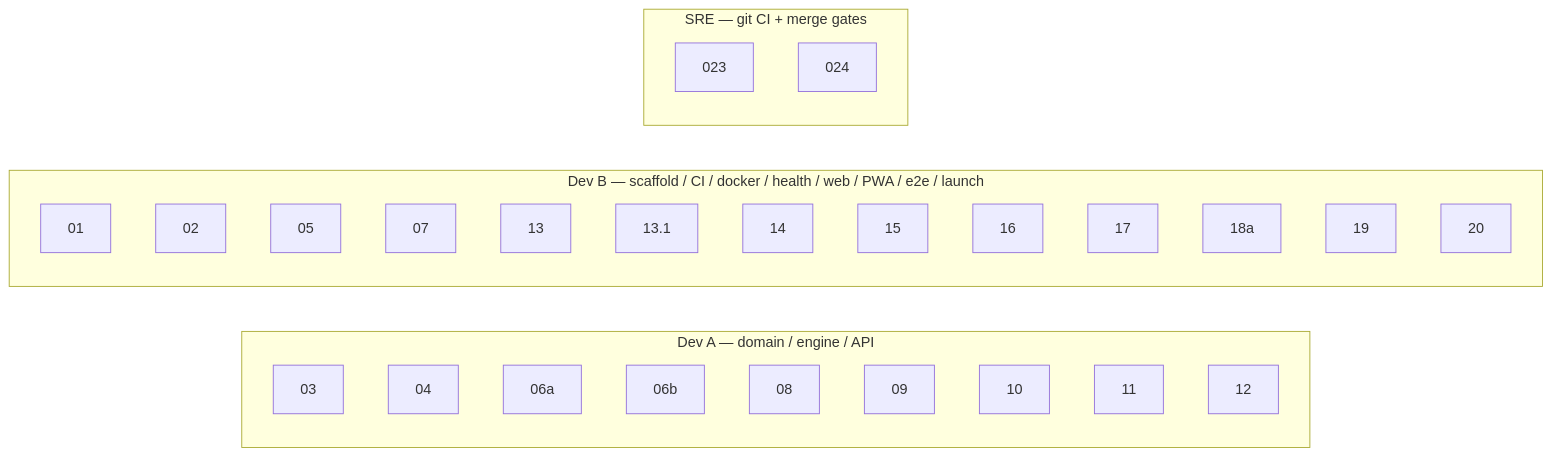
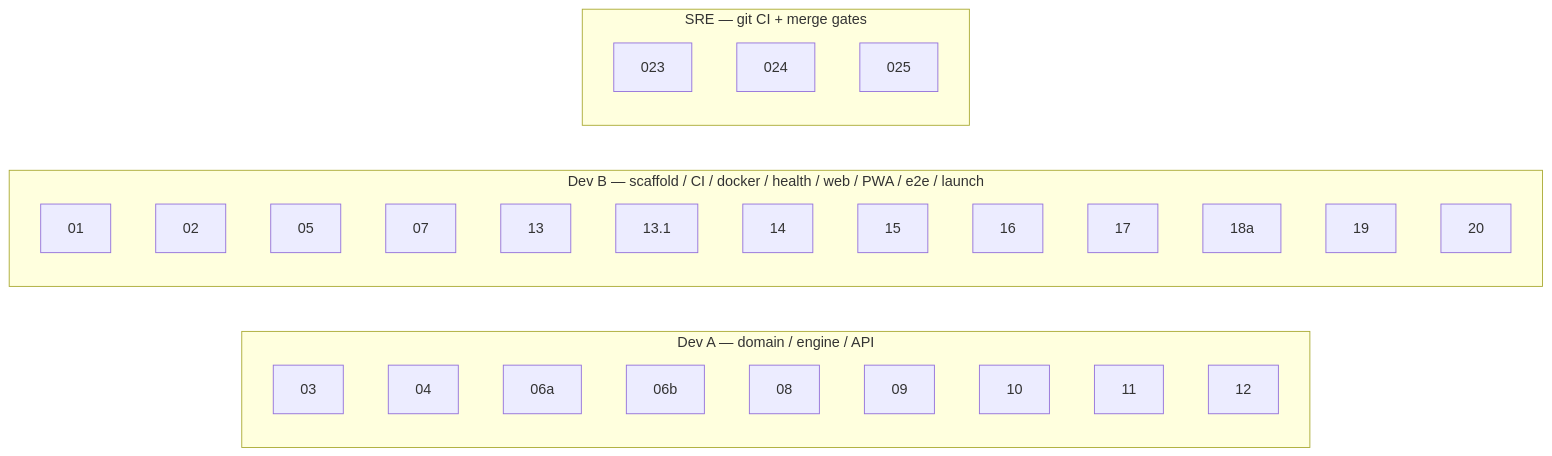
One commit to timus97/Arise changed the second of 2 diagrams in docs/backlog/SPRINT_BOARD.md. Above: the diagram before and after it, drawn with Mermaid. The commit also changed other lines of this file and 2 other files, not shown here.

````diff
--- a/docs/backlog/SPRINT_BOARD.md
+++ b/docs/backlog/SPRINT_BOARD.md
@@ -371,33 +374,34 @@
 ```mermaid
 flowchart LR
   subgraph DevA[Dev A — domain / engine / API]
     A1[03]
     A2[04]
     A3[06a]
     A4[06b]
     A5[08]
     A6[09]
     A7[10]
     A8[11]
     A9[12]
   end
   subgraph DevB[Dev B — scaffold / CI / docker / health / web / PWA / e2e / launch]
     B1[01]
     B2[02]
     B3[05]
     B4[07]
     B5[13]
     B6[13.1]
     B7[14]
     B8[15]
     B9[16]
     B10[17]
     B11[18a]
     B12[19]
     B13[20]
   end
   subgraph SRE[SRE — git CI + merge gates]
     S1[023]
     S2[024]
+    S3[025]
   end
 ```
````
